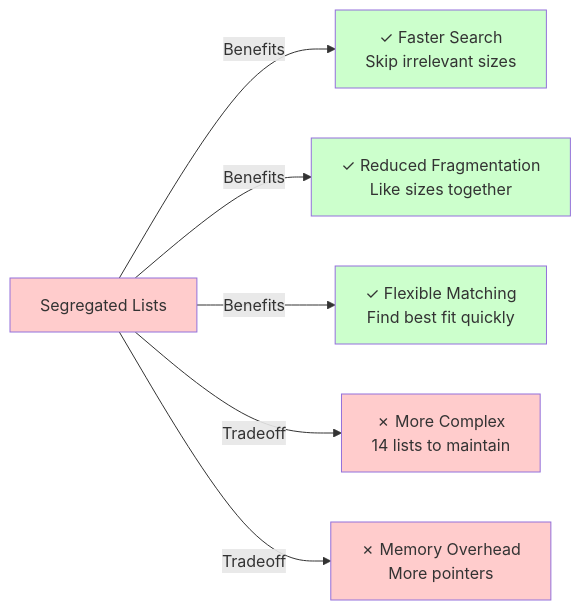
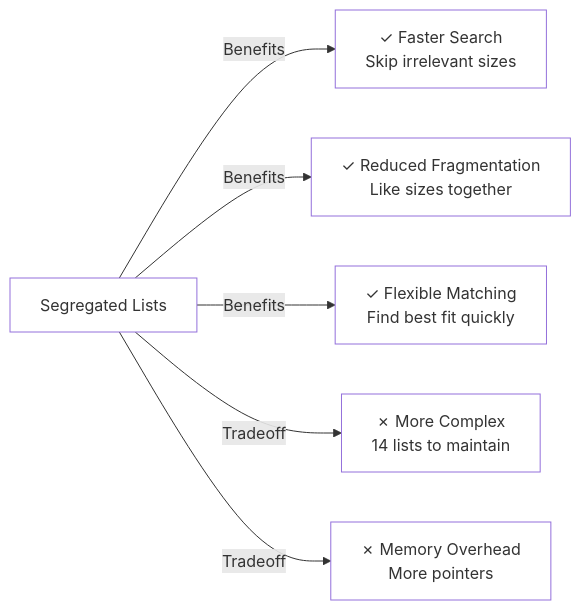
Before and after one commit to talkshrey/dynamic-memory-allocator: the second of 4 diagrams in README.md, drawn with Mermaid. The commit also changed other lines of this file, not shown here.

````diff
--- a/README.md
+++ b/README.md
@@ -101,15 +101,15 @@
 ```mermaid
 graph LR
     A["Segregated Lists"] -->|Benefits| B["✓ Faster Search<br/>Skip irrelevant sizes"]
     A -->|Benefits| C["✓ Reduced Fragmentation<br/>Like sizes together"]
     A -->|Benefits| D["✓ Flexible Matching<br/>Find best fit quickly"]
     A -->|Tradeoff| E["✗ More Complex<br/>14 lists to maintain"]
     A -->|Tradeoff| F["✗ Memory Overhead<br/>More pointers"]
     
-    style A fill:#ffcccc
-    style B fill:#ccffcc
-    style C fill:#ccffcc
-    style D fill:#ccffcc
-    style E fill:#ffcccc
-    style F fill:#ffcccc
+    style A fill:#ffffff
+    style B fill:#ffffff
+    style C fill:#ffffff
+    style D fill:#ffffff
+    style E fill:#ffffff
+    style F fill:#ffffff
 ```
````
